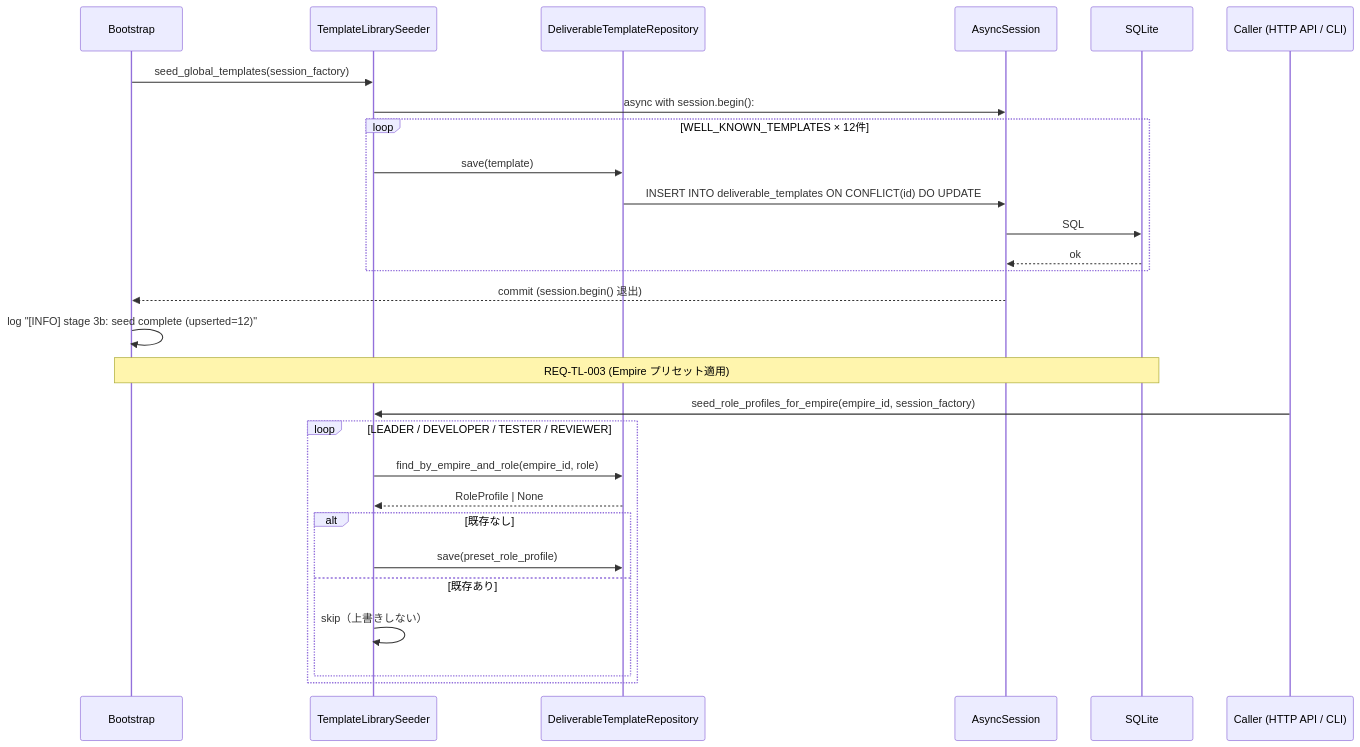
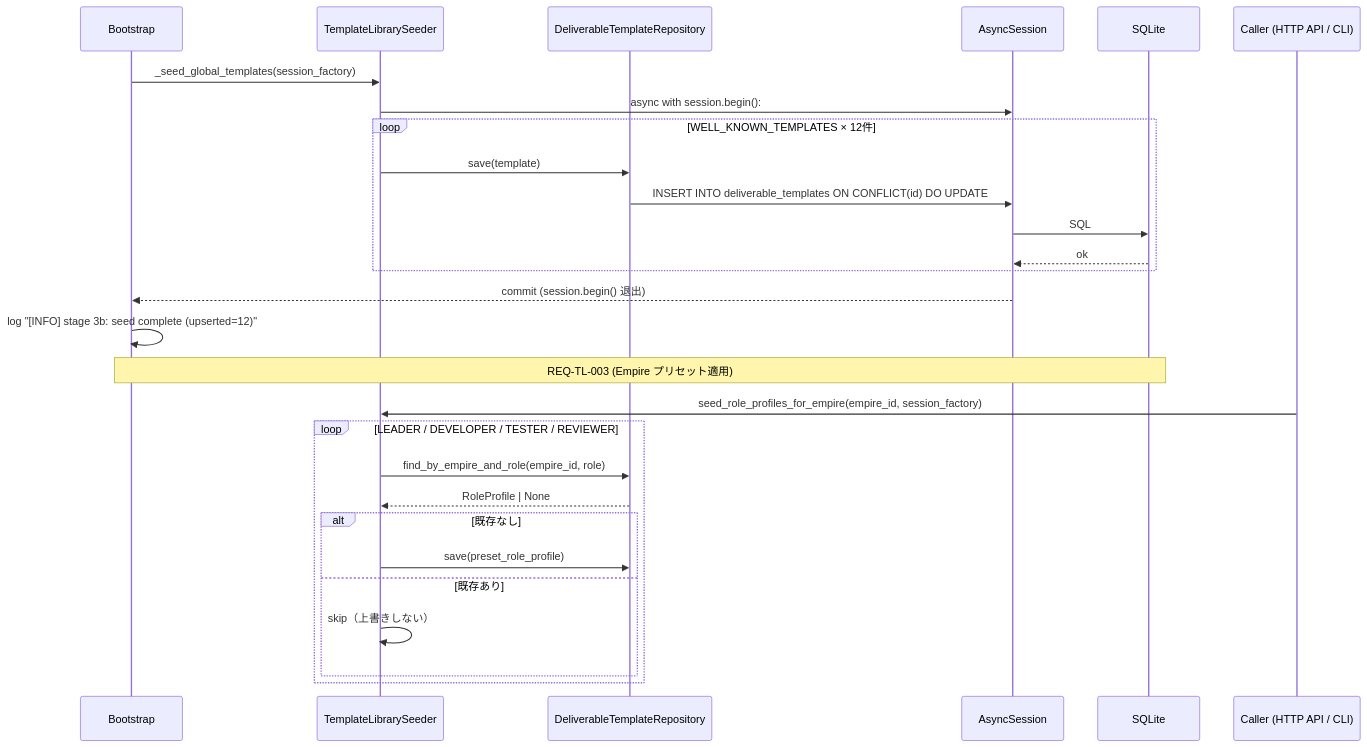
One commit to bakufu-dev/bakufu changed the second of 3 diagrams in docs/features/deliverable-template/template-library/basic-design.md. Above: the diagram before and after it, drawn with Mermaid. The commit also changed other lines of this file and 1 other file, not shown here.

````diff
--- a/docs/features/deliverable-template/template-library/basic-design.md
+++ b/docs/features/deliverable-template/template-library/basic-design.md
@@ -174,32 +174,32 @@
 ```mermaid
 sequenceDiagram
     participant Boot as Bootstrap
     participant Seed as TemplateLibrarySeeder
     participant DTRepo as DeliverableTemplateRepository
     participant Sess as AsyncSession
     participant DB as SQLite
 
-    Boot->>Seed: seed_global_templates(session_factory)
+    Boot->>Seed: _seed_global_templates(session_factory)
     Seed->>Sess: async with session.begin():
     loop WELL_KNOWN_TEMPLATES × 12件
         Seed->>DTRepo: save(template)
         DTRepo->>Sess: INSERT INTO deliverable_templates ON CONFLICT(id) DO UPDATE
         Sess->>DB: SQL
         DB-->>Sess: ok
     end
     Sess-->>Boot: commit (session.begin() 退出)
     Boot->>Boot: log "[INFO] stage 3b: seed complete (upserted=12)"
 
     Note over Boot,DB: REQ-TL-003 (Empire プリセット適用)
     participant Api as Caller (HTTP API / CLI)
     Api->>Seed: seed_role_profiles_for_empire(empire_id, session_factory)
     loop LEADER / DEVELOPER / TESTER / REVIEWER
         Seed->>DTRepo: find_by_empire_and_role(empire_id, role)
         DTRepo-->>Seed: RoleProfile | None
         alt 既存なし
             Seed->>DTRepo: save(preset_role_profile)
         else 既存あり
             Seed->>Seed: skip（上書きしない）
         end
     end
 ```
````
